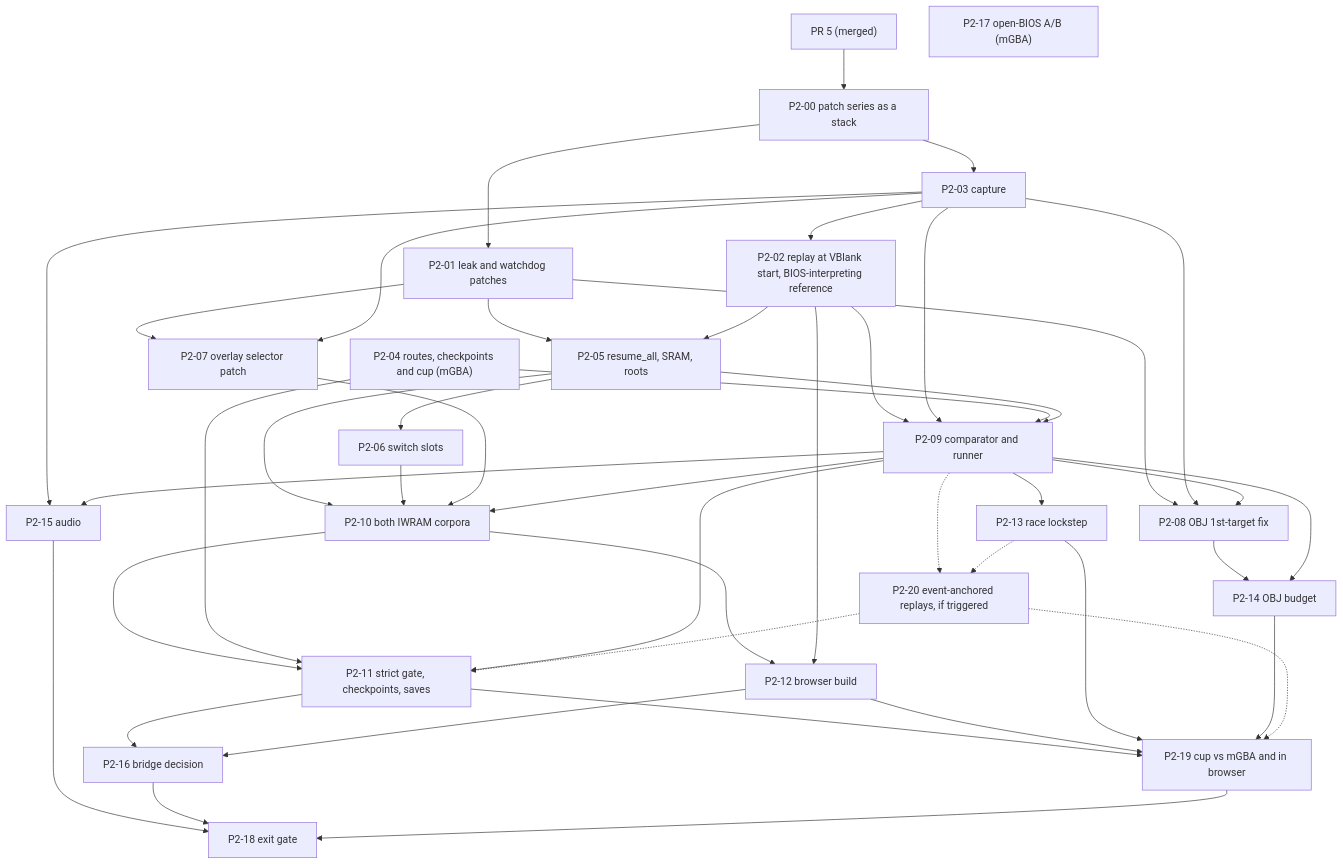
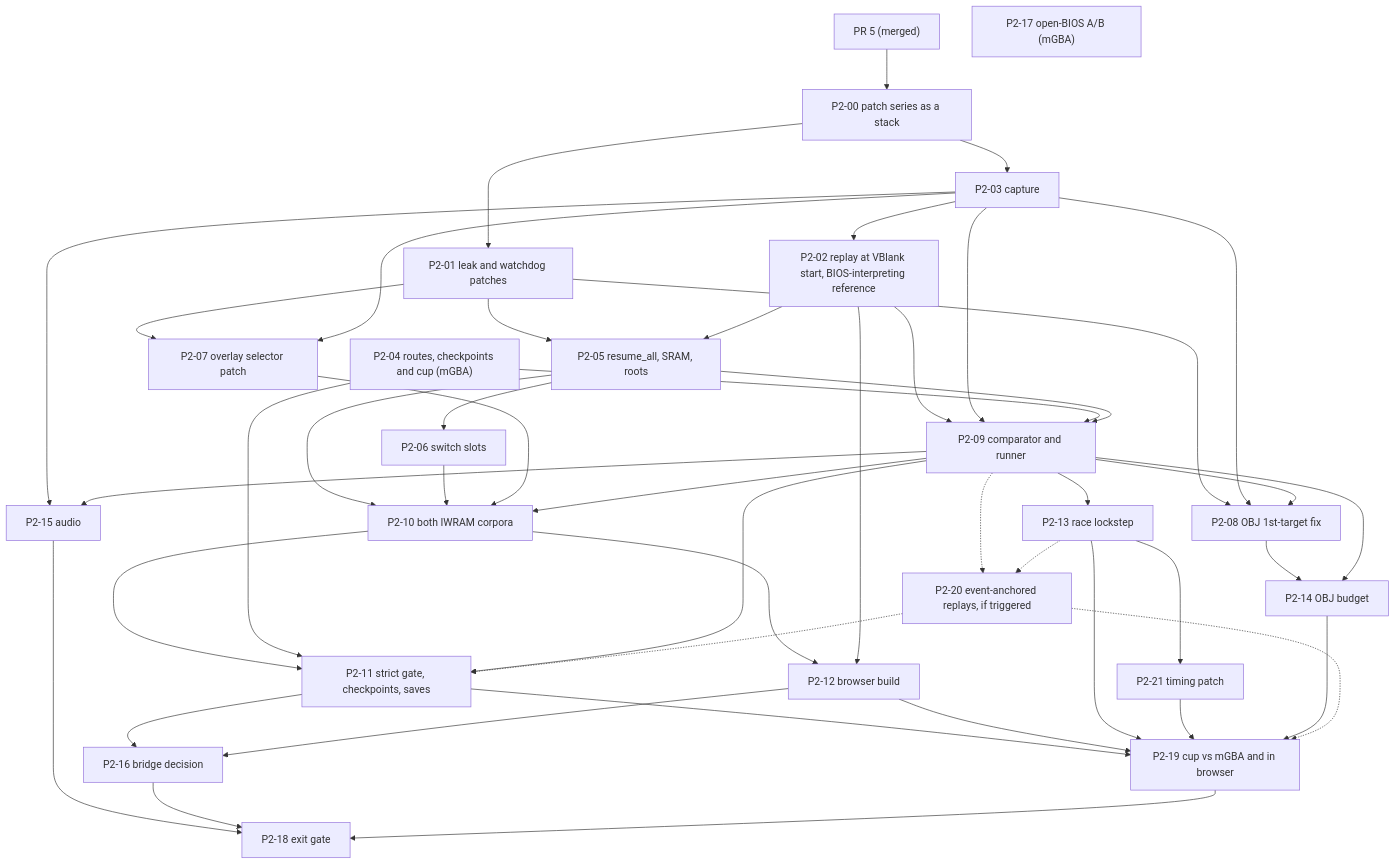
One commit to nvergez/moto-racer-advanced-browser changed the diagram in docs/phase2-plan.md. Above: the diagram before and after it, drawn with Mermaid. The commit also changed other lines of this file and 3 other files, not shown here.

````diff
--- a/docs/phase2-plan.md
+++ b/docs/phase2-plan.md
@@ -559,48 +594,50 @@
 ```mermaid
 graph TD
   PR5["PR 5 (merged)"] --> T00["P2-00 patch series as a stack"]
   T00 --> T01["P2-01 leak and watchdog patches"]
   T00 --> T03["P2-03 capture"]
   T03 --> T02["P2-02 replay at VBlank start, BIOS-interpreting reference"]
   T04["P2-04 routes, checkpoints and cup (mGBA)"]
   T17["P2-17 open-BIOS A/B (mGBA)"]
   T01 --> T05["P2-05 resume_all, SRAM, roots"]
   T02 --> T05
   T05 --> T06["P2-06 switch slots"]
   T01 --> T07["P2-07 overlay selector patch"]
   T03 --> T07
   T02 --> T09["P2-09 comparator and runner"]
   T03 --> T09
   T04 --> T09
   T05 --> T09
   T01 --> T08["P2-08 OBJ 1st-target fix"]
   T03 --> T08
   T09 --> T08
   T05 --> T10["P2-10 both IWRAM corpora"]
   T06 --> T10
   T07 --> T10
   T09 --> T10
   T10 --> T11["P2-11 strict gate, checkpoints, saves"]
   T04 --> T11
   T09 --> T11
   T10 --> T12["P2-12 browser build"]
   T02 --> T12
   T09 --> T13["P2-13 race lockstep"]
   T08 --> T14["P2-14 OBJ budget"]
   T09 --> T14
   T03 --> T15["P2-15 audio"]
   T09 --> T15
   T11 --> T16["P2-16 bridge decision"]
   T12 --> T16
   T09 -.-> T20["P2-20 event-anchored replays, if triggered"]
   T13 -.-> T20
   T20 -.-> T11
+  T13 --> T21["P2-21 timing patch"]
   T11 --> T19["P2-19 cup vs mGBA and in browser"]
   T12 --> T19
   T13 --> T19
+  T21 --> T19
   T14 --> T19
   T20 -.-> T19
   T15 --> T18["P2-18 exit gate"]
   T16 --> T18
   T19 --> T18
 ```
````
